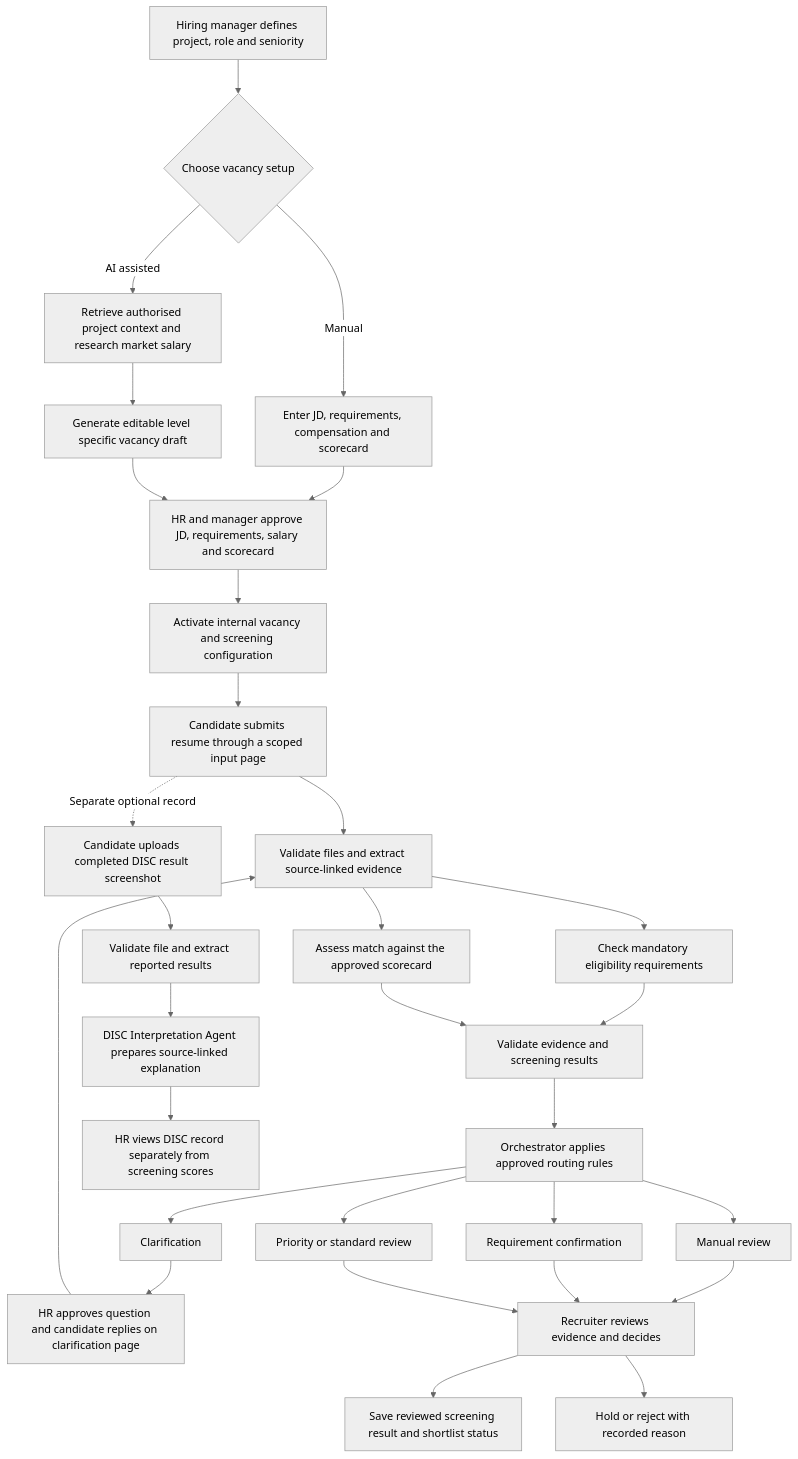
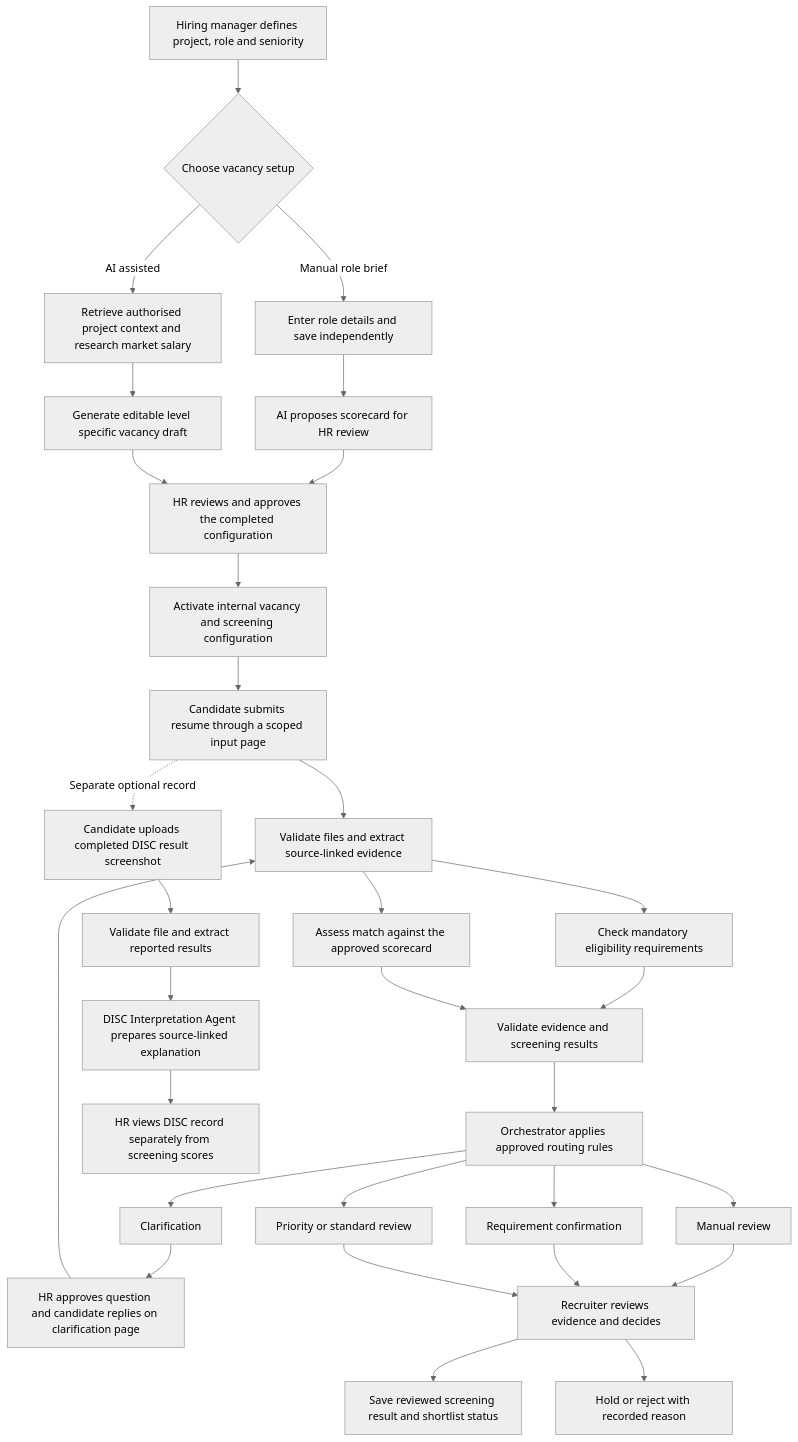
The diagram in README.md (jeffrey040209/WeHire), drawn with Mermaid (neutral theme) before and after one commit. The commit also changed other lines of this file and 25 other files, not shown here.

Commit message:
[FEAT] Vacancy setup | add manual vacancy and scorecard setup | scoped CRUD APIs, HR approval, immutable versions, UI and tests

````diff
--- a/README.md
+++ b/README.md
@@ -143,32 +261,33 @@
 ```mermaid
 flowchart TD
     A[Hiring manager defines project, role and seniority] --> B{Choose vacancy setup}
-    B -->|Manual| B0[Enter JD, requirements, compensation and scorecard]
+    B -->|Manual role brief| B0[Enter role details and save independently]
+    B0 --> B2[AI proposes scorecard for HR review]
     B -->|AI assisted| A1[Retrieve authorised project context and research market salary]
     A1 --> B1[Generate editable level specific vacancy draft]
-    B0 --> C[HR and manager approve JD, requirements, salary and scorecard]
+    B2 --> C[HR reviews and approves the completed configuration]
     B1 --> C
     C --> D[Activate internal vacancy and screening configuration]
     D --> E[Candidate submits resume through a scoped input page]
     E --> F[Validate files and extract source-linked evidence]
     F --> G[Check mandatory eligibility requirements]
     F --> H[Assess match against the approved scorecard]
     G --> I[Validate evidence and screening results]
     H --> I
     I --> J[Orchestrator applies approved routing rules]
     J --> K[Manual review]
     J --> L[Clarification]
     J --> M[Requirement confirmation]
     J --> N[Priority or standard review]
     L --> O[HR approves question and candidate replies on clarification page]
     O --> F
     K --> P[Recruiter reviews evidence and decides]
     M --> P
     N --> P
     P --> Q[Save reviewed screening result and shortlist status]
     P --> R[Hold or reject with recorded reason]
     E -. Separate optional record .-> W[Candidate uploads completed DISC result screenshot]
     W --> X[Validate file and extract reported results]
     X --> Y[DISC Interpretation Agent prepares source-linked explanation]
     Y --> Z[HR views DISC record separately from screening scores]
 ```
````
